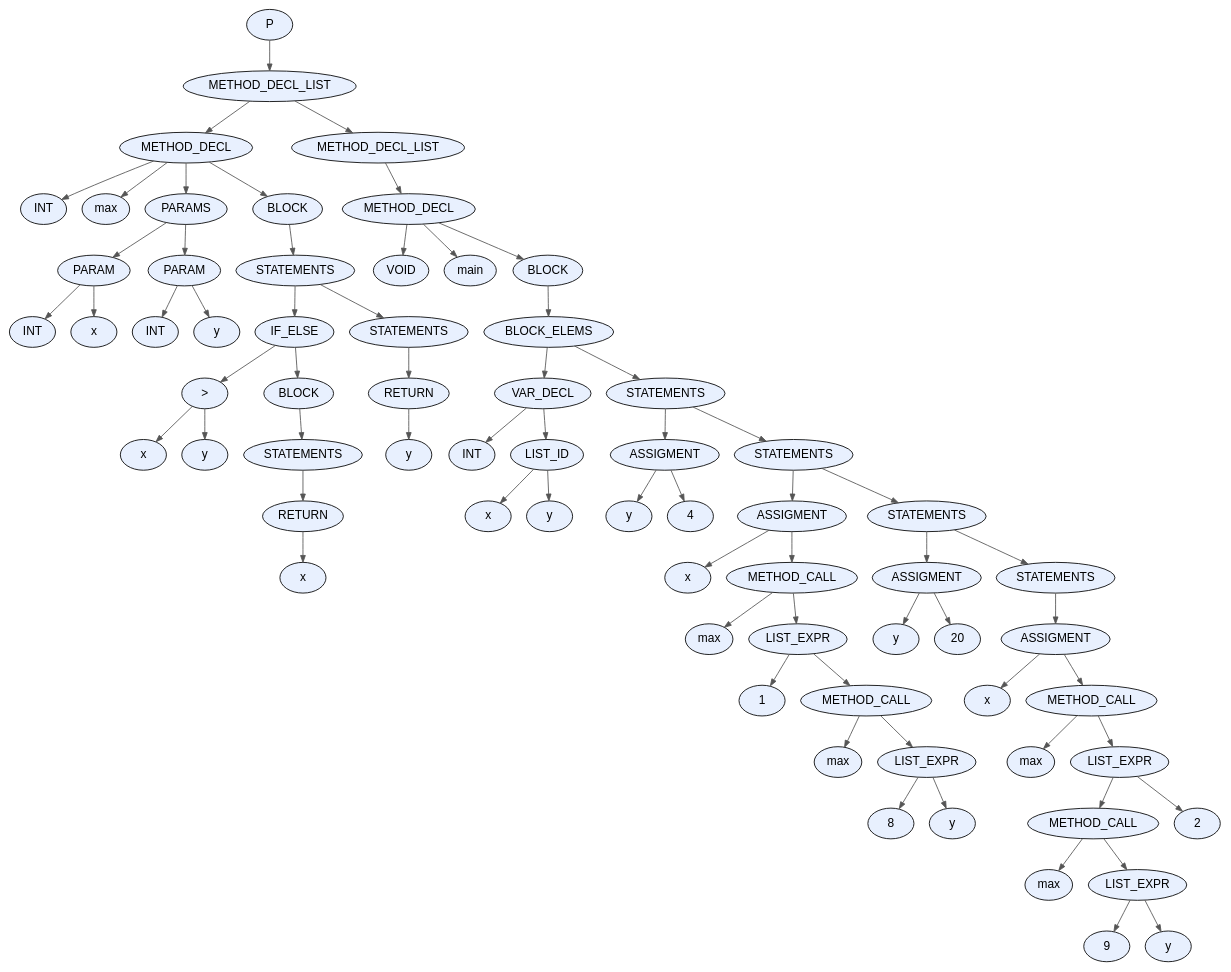
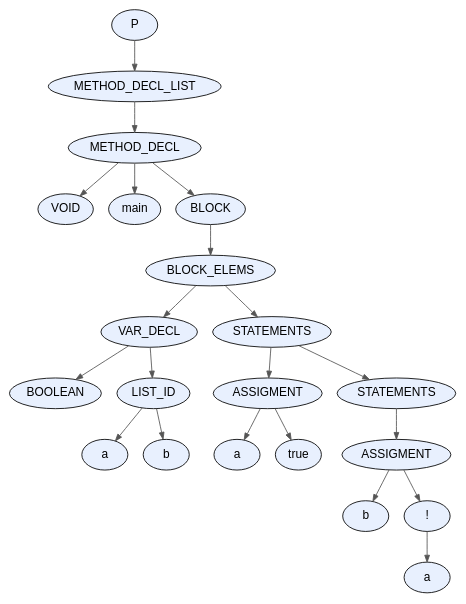
One commit to facundo-dario-loser/TDS2026 changed the diagram in proyecto/dot_files/test11.dot. Above: the diagram before and after it, drawn with Graphviz. The commit also changed 28 other files, not shown here.

```diff
--- a/proyecto/dot_files/test11.dot
+++ b/proyecto/dot_files/test11.dot
@@ -1,139 +1,45 @@
 digraph AST {
   node [fontname="Arial"];
   edge [arrowsize=0.8, color="#555555"];
-  "node_0x5aa8c448b310" [label="P", style=filled, fillcolor="#E8F0FE", shape=ellipse, style="rounded,filled"];
-  "node_0x5aa8c448b310" -> "node_0x5aa8c448b2c0";
-  "node_0x5aa8c448b2c0" [label="METHOD_DECL_LIST", style=filled, fillcolor="#E8F0FE", shape=ellipse, style="rounded,filled"];
-  "node_0x5aa8c448b2c0" -> "node_0x5aa8c448a1c0";
-  "node_0x5aa8c448a1c0" [label="METHOD_DECL", style=filled, fillcolor="#E8F0FE", shape=ellipse, style="rounded,filled"];
-  "node_0x5aa8c448a1c0" -> "node_0x5aa8c4489920";
-  "node_0x5aa8c4489920" [label="INT", style=filled, fillcolor="#E8F0FE", shape=ellipse, style="rounded,filled"];
-  "node_0x5aa8c448a1c0" -> "node_0x5aa8c448a150";
-  "node_0x5aa8c448a150" [label="max", style=filled, fillcolor="#E8F0FE", shape=ellipse, style="rounded,filled"];
-  "node_0x5aa8c448a1c0" -> "node_0x5aa8c4489bf0";
-  "node_0x5aa8c4489bf0" [label="PARAMS", style=filled, fillcolor="#E8F0FE", shape=ellipse, style="rounded,filled"];
-  "node_0x5aa8c4489bf0" -> "node_0x5aa8c4489a70";
-  "node_0x5aa8c4489a70" [label="PARAM", style=filled, fillcolor="#E8F0FE", shape=ellipse, style="rounded,filled"];
-  "node_0x5aa8c4489a70" -> "node_0x5aa8c4489990";
-  "node_0x5aa8c4489990" [label="INT", style=filled, fillcolor="#E8F0FE", shape=ellipse, style="rounded,filled"];
-  "node_0x5aa8c4489a70" -> "node_0x5aa8c4489a00";
-  "node_0x5aa8c4489a00" [label="x", style=filled, fillcolor="#E8F0FE", shape=ellipse, style="rounded,filled"];
-  "node_0x5aa8c4489bf0" -> "node_0x5aa8c4489ba0";
-  "node_0x5aa8c4489ba0" [label="PARAM", style=filled, fillcolor="#E8F0FE", shape=ellipse, style="rounded,filled"];
-  "node_0x5aa8c4489ba0" -> "node_0x5aa8c4489ac0";
-  "node_0x5aa8c4489ac0" [label="INT", style=filled, fillcolor="#E8F0FE", shape=ellipse, style="rounded,filled"];
-  "node_0x5aa8c4489ba0" -> "node_0x5aa8c4489b30";
-  "node_0x5aa8c4489b30" [label="y", style=filled, fillcolor="#E8F0FE", shape=ellipse, style="rounded,filled"];
-  "node_0x5aa8c448a1c0" -> "node_0x5aa8c448a100";
-  "node_0x5aa8c448a100" [label="BLOCK", style=filled, fillcolor="#E8F0FE", shape=ellipse, style="rounded,filled"];
-  "node_0x5aa8c448a100" -> "node_0x5aa8c448a0b0";
-  "node_0x5aa8c448a0b0" [label="STATEMENTS", style=filled, fillcolor="#E8F0FE", shape=ellipse, style="rounded,filled"];
-  "node_0x5aa8c448a0b0" -> "node_0x5aa8c4489f30";
-  "node_0x5aa8c4489f30" [label="IF_ELSE", style=filled, fillcolor="#E8F0FE", shape=ellipse, style="rounded,filled"];
-  "node_0x5aa8c4489f30" -> "node_0x5aa8c4489d60";
-  "node_0x5aa8c4489d60" [label=">", style=filled, fillcolor="#E8F0FE", shape=ellipse, style="rounded,filled"];
-  "node_0x5aa8c4489d60" -> "node_0x5aa8c4489c60";
-  "node_0x5aa8c4489c60" [label="x", style=filled, fillcolor="#E8F0FE", shape=ellipse, style="rounded,filled"];
-  "node_0x5aa8c4489d60" -> "node_0x5aa8c4489cf0";
-  "node_0x5aa8c4489cf0" [label="y", style=filled, fillcolor="#E8F0FE", shape=ellipse, style="rounded,filled"];
-  "node_0x5aa8c4489f30" -> "node_0x5aa8c4489ee0";
-  "node_0x5aa8c4489ee0" [label="BLOCK", style=filled, fillcolor="#E8F0FE", shape=ellipse, style="rounded,filled"];
-  "node_0x5aa8c4489ee0" -> "node_0x5aa8c4489e90";
-  "node_0x5aa8c4489e90" [label="STATEMENTS", style=filled, fillcolor="#E8F0FE", shape=ellipse, style="rounded,filled"];
-  "node_0x5aa8c4489e90" -> "node_0x5aa8c4489e40";
-  "node_0x5aa8c4489e40" [label="RETURN", style=filled, fillcolor="#E8F0FE", shape=ellipse, style="rounded,filled"];
-  "node_0x5aa8c4489e40" -> "node_0x5aa8c4489dd0";
-  "node_0x5aa8c4489dd0" [label="x", style=filled, fillcolor="#E8F0FE", shape=ellipse, style="rounded,filled"];
-  "node_0x5aa8c448a0b0" -> "node_0x5aa8c448a060";
-  "node_0x5aa8c448a060" [label="STATEMENTS", style=filled, fillcolor="#E8F0FE", shape=ellipse, style="rounded,filled"];
-  "node_0x5aa8c448a060" -> "node_0x5aa8c448a010";
-  "node_0x5aa8c448a010" [label="RETURN", style=filled, fillcolor="#E8F0FE", shape=ellipse, style="rounded,filled"];
-  "node_0x5aa8c448a010" -> "node_0x5aa8c4489fa0";
-  "node_0x5aa8c4489fa0" [label="y", style=filled, fillcolor="#E8F0FE", shape=ellipse, style="rounded,filled"];
-  "node_0x5aa8c448b2c0" -> "node_0x5aa8c448b270";
-  "node_0x5aa8c448b270" [label="METHOD_DECL_LIST", style=filled, fillcolor="#E8F0FE", shape=ellipse, style="rounded,filled"];
-  "node_0x5aa8c448b270" -> "node_0x5aa8c448b220";
-  "node_0x5aa8c448b220" [label="METHOD_DECL", style=filled, fillcolor="#E8F0FE", shape=ellipse, style="rounded,filled"];
-  "node_0x5aa8c448b220" -> "node_0x5aa8c448b160";
-  "node_0x5aa8c448b160" [label="VOID", style=filled, fillcolor="#E8F0FE", shape=ellipse, style="rounded,filled"];
-  "node_0x5aa8c448b220" -> "node_0x5aa8c448b1b0";
-  "node_0x5aa8c448b1b0" [label="main", style=filled, fillcolor="#E8F0FE", shape=ellipse, style="rounded,filled"];
-  "node_0x5aa8c448b220" -> "node_0x5aa8c448b110";
-  "node_0x5aa8c448b110" [label="BLOCK", style=filled, fillcolor="#E8F0FE", shape=ellipse, style="rounded,filled"];
-  "node_0x5aa8c448b110" -> "node_0x5aa8c448b0c0";
-  "node_0x5aa8c448b0c0" [label="BLOCK_ELEMS", style=filled, fillcolor="#E8F0FE", shape=ellipse, style="rounded,filled"];
-  "node_0x5aa8c448b0c0" -> "node_0x5aa8c448a3f0";
-  "node_0x5aa8c448a3f0" [label="VAR_DECL", style=filled, fillcolor="#E8F0FE", shape=ellipse, style="rounded,filled"];
-  "node_0x5aa8c448a3f0" -> "node_0x5aa8c448a230";
-  "node_0x5aa8c448a230" [label="INT", style=filled, fillcolor="#E8F0FE", shape=ellipse, style="rounded,filled"];
-  "node_0x5aa8c448a3f0" -> "node_0x5aa8c448a3a0";
-  "node_0x5aa8c448a3a0" [label="LIST_ID", style=filled, fillcolor="#E8F0FE", shape=ellipse, style="rounded,filled"];
-  "node_0x5aa8c448a3a0" -> "node_0x5aa8c448a330";
-  "node_0x5aa8c448a330" [label="x", style=filled, fillcolor="#E8F0FE", shape=ellipse, style="rounded,filled"];
-  "node_0x5aa8c448a3a0" -> "node_0x5aa8c448a2c0";
-  "node_0x5aa8c448a2c0" [label="y", style=filled, fillcolor="#E8F0FE", shape=ellipse, style="rounded,filled"];
-  "node_0x5aa8c448b0c0" -> "node_0x5aa8c448b070";
-  "node_0x5aa8c448b070" [label="STATEMENTS", style=filled, fillcolor="#E8F0FE", shape=ellipse, style="rounded,filled"];
-  "node_0x5aa8c448b070" -> "node_0x5aa8c448a520";
-  "node_0x5aa8c448a520" [label="ASSIGMENT", style=filled, fillcolor="#E8F0FE", shape=ellipse, style="rounded,filled"];
-  "node_0x5aa8c448a520" -> "node_0x5aa8c448a4b0";
-  "node_0x5aa8c448a4b0" [label="y", style=filled, fillcolor="#E8F0FE", shape=ellipse, style="rounded,filled"];
-  "node_0x5aa8c448a520" -> "node_0x5aa8c448a460";
-  "node_0x5aa8c448a460" [label="4", style=filled, fillcolor="#E8F0FE", shape=ellipse, style="rounded,filled"];
-  "node_0x5aa8c448b070" -> "node_0x5aa8c448b020";
-  "node_0x5aa8c448b020" [label="STATEMENTS", style=filled, fillcolor="#E8F0FE", shape=ellipse, style="rounded,filled"];
-  "node_0x5aa8c448b020" -> "node_0x5aa8c448a990";
-  "node_0x5aa8c448a990" [label="ASSIGMENT", style=filled, fillcolor="#E8F0FE", shape=ellipse, style="rounded,filled"];
-  "node_0x5aa8c448a990" -> "node_0x5aa8c448a920";
-  "node_0x5aa8c448a920" [label="x", style=filled, fillcolor="#E8F0FE", shape=ellipse, style="rounded,filled"];
-  "node_0x5aa8c448a990" -> "node_0x5aa8c448a8d0";
-  "node_0x5aa8c448a8d0" [label="METHOD_CALL", style=filled, fillcolor="#E8F0FE", shape=ellipse, style="rounded,filled"];
-  "node_0x5aa8c448a8d0" -> "node_0x5aa8c448a860";
-  "node_0x5aa8c448a860" [label="max", style=filled, fillcolor="#E8F0FE", shape=ellipse, style="rounded,filled"];
-  "node_0x5aa8c448a8d0" -> "node_0x5aa8c448a810";
-  "node_0x5aa8c448a810" [label="LIST_EXPR", style=filled, fillcolor="#E8F0FE", shape=ellipse, style="rounded,filled"];
-  "node_0x5aa8c448a810" -> "node_0x5aa8c448a5b0";
-  "node_0x5aa8c448a5b0" [label="1", style=filled, fillcolor="#E8F0FE", shape=ellipse, style="rounded,filled"];
-  "node_0x5aa8c448a810" -> "node_0x5aa8c448a7c0";
-  "node_0x5aa8c448a7c0" [label="METHOD_CALL", style=filled, fillcolor="#E8F0FE", shape=ellipse, style="rounded,filled"];
-  "node_0x5aa8c448a7c0" -> "node_0x5aa8c448a750";
-  "node_0x5aa8c448a750" [label="max", style=filled, fillcolor="#E8F0FE", shape=ellipse, style="rounded,filled"];
-  "node_0x5aa8c448a7c0" -> "node_0x5aa8c448a700";
-  "node_0x5aa8c448a700" [label="LIST_EXPR", style=filled, fillcolor="#E8F0FE", shape=ellipse, style="rounded,filled"];
-  "node_0x5aa8c448a700" -> "node_0x5aa8c448a620";
-  "node_0x5aa8c448a620" [label="8", style=filled, fillcolor="#E8F0FE", shape=ellipse, style="rounded,filled"];
-  "node_0x5aa8c448a700" -> "node_0x5aa8c448a690";
-  "node_0x5aa8c448a690" [label="y", style=filled, fillcolor="#E8F0FE", shape=ellipse, style="rounded,filled"];
-  "node_0x5aa8c448b020" -> "node_0x5aa8c448afd0";
-  "node_0x5aa8c448afd0" [label="STATEMENTS", style=filled, fillcolor="#E8F0FE", shape=ellipse, style="rounded,filled"];
-  "node_0x5aa8c448afd0" -> "node_0x5aa8c448aac0";
-  "node_0x5aa8c448aac0" [label="ASSIGMENT", style=filled, fillcolor="#E8F0FE", shape=ellipse, style="rounded,filled"];
-  "node_0x5aa8c448aac0" -> "node_0x5aa8c448aa50";
-  "node_0x5aa8c448aa50" [label="y", style=filled, fillcolor="#E8F0FE", shape=ellipse, style="rounded,filled"];
-  "node_0x5aa8c448aac0" -> "node_0x5aa8c448aa00";
-  "node_0x5aa8c448aa00" [label="20", style=filled, fillcolor="#E8F0FE", shape=ellipse, style="rounded,filled"];
-  "node_0x5aa8c448afd0" -> "node_0x5aa8c448af80";
-  "node_0x5aa8c448af80" [label="STATEMENTS", style=filled, fillcolor="#E8F0FE", shape=ellipse, style="rounded,filled"];
-  "node_0x5aa8c448af80" -> "node_0x5aa8c448af30";
-  "node_0x5aa8c448af30" [label="ASSIGMENT", style=filled, fillcolor="#E8F0FE", shape=ellipse, style="rounded,filled"];
-  "node_0x5aa8c448af30" -> "node_0x5aa8c448aec0";
-  "node_0x5aa8c448aec0" [label="x", style=filled, fillcolor="#E8F0FE", shape=ellipse, style="rounded,filled"];
-  "node_0x5aa8c448af30" -> "node_0x5aa8c448ae70";
-  "node_0x5aa8c448ae70" [label="METHOD_CALL", style=filled, fillcolor="#E8F0FE", shape=ellipse, style="rounded,filled"];
-  "node_0x5aa8c448ae70" -> "node_0x5aa8c448ae00";
-  "node_0x5aa8c448ae00" [label="max", style=filled, fillcolor="#E8F0FE", shape=ellipse, style="rounded,filled"];
-  "node_0x5aa8c448ae70" -> "node_0x5aa8c448adb0";
-  "node_0x5aa8c448adb0" [label="LIST_EXPR", style=filled, fillcolor="#E8F0FE", shape=ellipse, style="rounded,filled"];
-  "node_0x5aa8c448adb0" -> "node_0x5aa8c448ad10";
-  "node_0x5aa8c448ad10" [label="METHOD_CALL", style=filled, fillcolor="#E8F0FE", shape=ellipse, style="rounded,filled"];
-  "node_0x5aa8c448ad10" -> "node_0x5aa8c448aca0";
-  "node_0x5aa8c448aca0" [label="max", style=filled, fillcolor="#E8F0FE", shape=ellipse, style="rounded,filled"];
-  "node_0x5aa8c448ad10" -> "node_0x5aa8c448ac50";
-  "node_0x5aa8c448ac50" [label="LIST_EXPR", style=filled, fillcolor="#E8F0FE", shape=ellipse, style="rounded,filled"];
-  "node_0x5aa8c448ac50" -> "node_0x5aa8c448ab70";
-  "node_0x5aa8c448ab70" [label="9", style=filled, fillcolor="#E8F0FE", shape=ellipse, style="rounded,filled"];
-  "node_0x5aa8c448ac50" -> "node_0x5aa8c448abe0";
-  "node_0x5aa8c448abe0" [label="y", style=filled, fillcolor="#E8F0FE", shape=ellipse, style="rounded,filled"];
-  "node_0x5aa8c448adb0" -> "node_0x5aa8c448ad60";
-  "node_0x5aa8c448ad60" [label="2", style=filled, fillcolor="#E8F0FE", shape=ellipse, style="rounded,filled"];
+  "node_0x5bb80114e0e0" [label="P", style=filled, fillcolor="#E8F0FE", shape=ellipse, style="rounded,filled"];
+  "node_0x5bb80114e0e0" -> "node_0x5bb80114e090";
+  "node_0x5bb80114e090" [label="METHOD_DECL_LIST", style=filled, fillcolor="#E8F0FE", shape=ellipse, style="rounded,filled"];
+  "node_0x5bb80114e090" -> "node_0x5bb80114e040";
+  "node_0x5bb80114e040" [label="METHOD_DECL", style=filled, fillcolor="#E8F0FE", shape=ellipse, style="rounded,filled"];
+  "node_0x5bb80114e040" -> "node_0x5bb80114df80";
+  "node_0x5bb80114df80" [label="VOID", style=filled, fillcolor="#E8F0FE", shape=ellipse, style="rounded,filled"];
+  "node_0x5bb80114e040" -> "node_0x5bb80114dfd0";
+  "node_0x5bb80114dfd0" [label="main", style=filled, fillcolor="#E8F0FE", shape=ellipse, style="rounded,filled"];
+  "node_0x5bb80114e040" -> "node_0x5bb80114df30";
+  "node_0x5bb80114df30" [label="BLOCK", style=filled, fillcolor="#E8F0FE", shape=ellipse, style="rounded,filled"];
+  "node_0x5bb80114df30" -> "node_0x5bb80114dee0";
+  "node_0x5bb80114dee0" [label="BLOCK_ELEMS", style=filled, fillcolor="#E8F0FE", shape=ellipse, style="rounded,filled"];
+  "node_0x5bb80114dee0" -> "node_0x5bb80114db00";
+  "node_0x5bb80114db00" [label="VAR_DECL", style=filled, fillcolor="#E8F0FE", shape=ellipse, style="rounded,filled"];
+  "node_0x5bb80114db00" -> "node_0x5bb80114d940";
+  "node_0x5bb80114d940" [label="BOOLEAN", style=filled, fillcolor="#E8F0FE", shape=ellipse, style="rounded,filled"];
+  "node_0x5bb80114db00" -> "node_0x5bb80114dab0";
+  "node_0x5bb80114dab0" [label="LIST_ID", style=filled, fillcolor="#E8F0FE", shape=ellipse, style="rounded,filled"];
+  "node_0x5bb80114dab0" -> "node_0x5bb80114da40";
+  "node_0x5bb80114da40" [label="a", style=filled, fillcolor="#E8F0FE", shape=ellipse, style="rounded,filled"];
+  "node_0x5bb80114dab0" -> "node_0x5bb80114d9d0";
+  "node_0x5bb80114d9d0" [label="b", style=filled, fillcolor="#E8F0FE", shape=ellipse, style="rounded,filled"];
+  "node_0x5bb80114dee0" -> "node_0x5bb80114de90";
+  "node_0x5bb80114de90" [label="STATEMENTS", style=filled, fillcolor="#E8F0FE", shape=ellipse, style="rounded,filled"];
+  "node_0x5bb80114de90" -> "node_0x5bb80114dc30";
+  "node_0x5bb80114dc30" [label="ASSIGMENT", style=filled, fillcolor="#E8F0FE", shape=ellipse, style="rounded,filled"];
+  "node_0x5bb80114dc30" -> "node_0x5bb80114dbc0";
+  "node_0x5bb80114dbc0" [label="a", style=filled, fillcolor="#E8F0FE", shape=ellipse, style="rounded,filled"];
+  "node_0x5bb80114dc30" -> "node_0x5bb80114db70";
+  "node_0x5bb80114db70" [label="true", style=filled, fillcolor="#E8F0FE", shape=ellipse, style="rounded,filled"];
+  "node_0x5bb80114de90" -> "node_0x5bb80114de40";
+  "node_0x5bb80114de40" [label="STATEMENTS", style=filled, fillcolor="#E8F0FE", shape=ellipse, style="rounded,filled"];
+  "node_0x5bb80114de40" -> "node_0x5bb80114ddf0";
+  "node_0x5bb80114ddf0" [label="ASSIGMENT", style=filled, fillcolor="#E8F0FE", shape=ellipse, style="rounded,filled"];
+  "node_0x5bb80114ddf0" -> "node_0x5bb80114dd80";
+  "node_0x5bb80114dd80" [label="b", style=filled, fillcolor="#E8F0FE", shape=ellipse, style="rounded,filled"];
+  "node_0x5bb80114ddf0" -> "node_0x5bb80114dd30";
+  "node_0x5bb80114dd30" [label="!", style=filled, fillcolor="#E8F0FE", shape=ellipse, style="rounded,filled"];
+  "node_0x5bb80114dd30" -> "node_0x5bb80114dcc0";
+  "node_0x5bb80114dcc0" [label="a", style=filled, fillcolor="#E8F0FE", shape=ellipse, style="rounded,filled"];
 }
```
